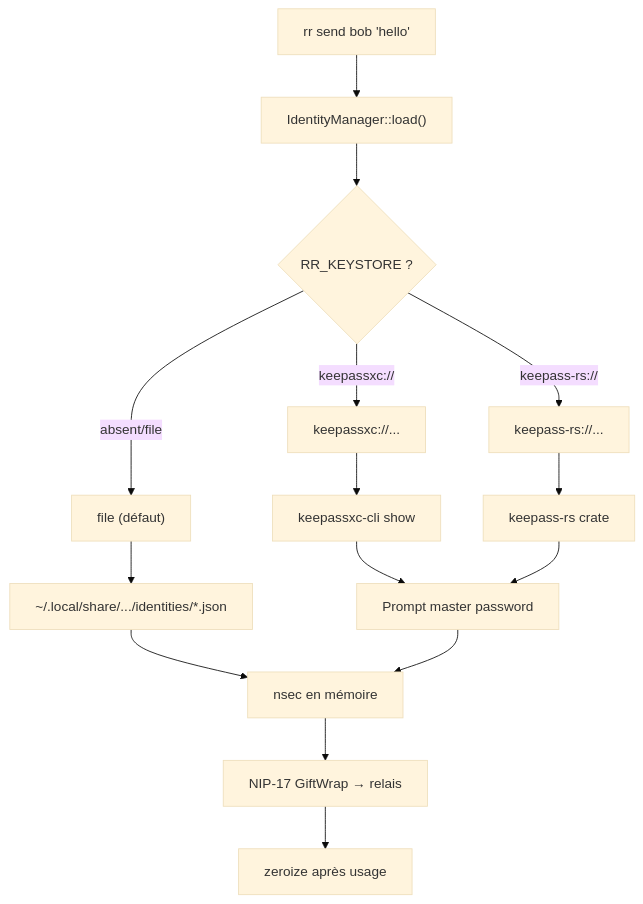
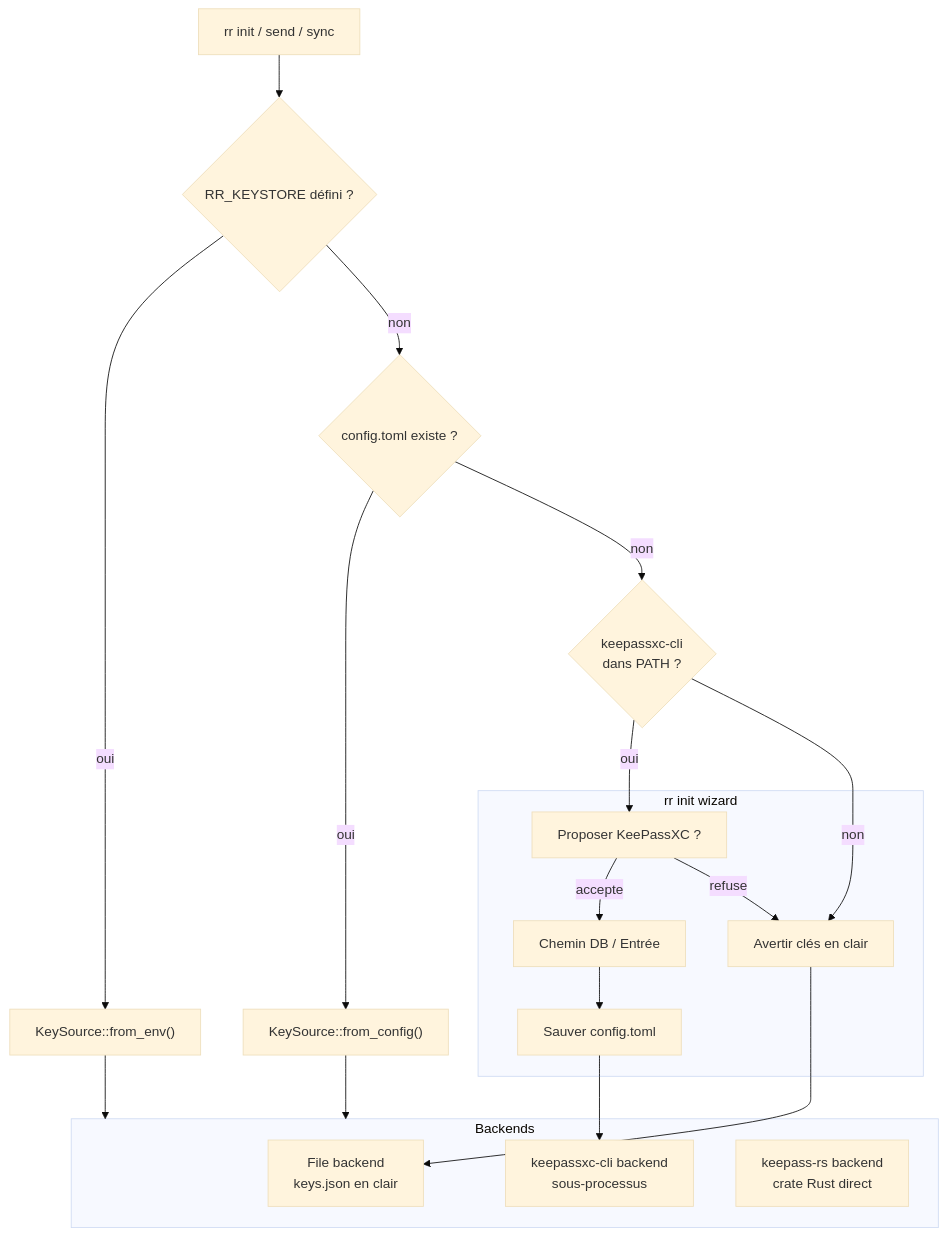
The diagram in docs/superpowers/specs/2026-05-23-security-keepassxc-vault.md (giak/reseau-racine), drawn with Mermaid (base theme) before and after one commit. The commit also changed other lines of this file and 1 other file, not shown here.

Commit message:
spec+plan: update EPIC 7 with full user journey, distribution, rr init --kdbx, rr export

````diff
--- a/docs/superpowers/specs/2026-05-23-security-keepassxc-vault.md
+++ b/docs/superpowers/specs/2026-05-23-security-keepassxc-vault.md
@@ -14,31 +160,37 @@
 ```mermaid
 flowchart TD
-    CLI["rr send bob 'hello'"]
-    ID["IdentityManager::load()"]
-    RR_KEYSTORE{"RR_KEYSTORE ?"}
-    FILE["file (défaut)"]
-    XC["keepassxc://..." ]
-    RS["keepass-rs://..."]
-    JSON["~/.local/share/.../identities/*.json"]
-    CLI_XC["keepassxc-cli show"]
-    CLI_RS["keepass-rs crate"]
-    MASTER["Prompt master password"]
-    NSEC["nsec en mémoire"]
-    SEND["NIP-17 GiftWrap → relais"]
-    ZERO["zeroize après usage"]
+    CLI["rr init / send / sync"]
+    CFG{"config.toml existe ?"}
+    ENV{"RR_KEYSTORE défini ?"}
+    KEYS["KeySource::from_env()"]
+    CFG_KS["KeySource::from_config()"]
+    KEEPASS_DETECT{"keepassxc-cli<br/>dans PATH ?"}
 
-    CLI --> ID
-    ID --> RR_KEYSTORE
-    RR_KEYSTORE -- absent/file --> FILE
-    FILE --> JSON
-    JSON --> NSEC
-    RR_KEYSTORE -- keepassxc:// --> XC
-    XC --> CLI_XC
-    CLI_XC --> MASTER
-    MASTER --> NSEC
-    RR_KEYSTORE -- keepass-rs:// --> RS
-    RS --> CLI_RS
-    CLI_RS --> MASTER
-    NSEC --> SEND
-    SEND --> ZERO
+    subgraph BACKENDS["Backends"]
+        FILE["File backend<br/>keys.json en clair"]
+        XC["keepassxc-cli backend<br/>sous-processus"]
+        RS["keepass-rs backend<br/>crate Rust direct"]
+    end
+
+    subgraph INIT_WIZARD["rr init wizard"]
+        PROMPT_KS["Proposer KeePassXC ?"]
+        PROMPT_DB["Chemin DB / Entrée"]
+        CFG_SAVE["Sauver config.toml"]
+        WARN["Avertir clés en clair"]
+    end
+
+    CLI --> ENV
+    ENV -- oui --> KEYS
+    ENV -- non --> CFG
+    CFG -- oui --> CFG_KS
+    CFG -- non --> KEEPASS_DETECT
+    KEEPASS_DETECT -- oui --> PROMPT_KS
+    KEEPASS_DETECT -- non --> WARN
+    PROMPT_KS -- accepte --> PROMPT_DB --> CFG_SAVE
+    PROMPT_KS -- refuse --> WARN
+    WARN --> FILE
+    CFG_SAVE --> XC
+
+    KEYS --> BACKENDS
+    CFG_KS --> BACKENDS
 ```
````
